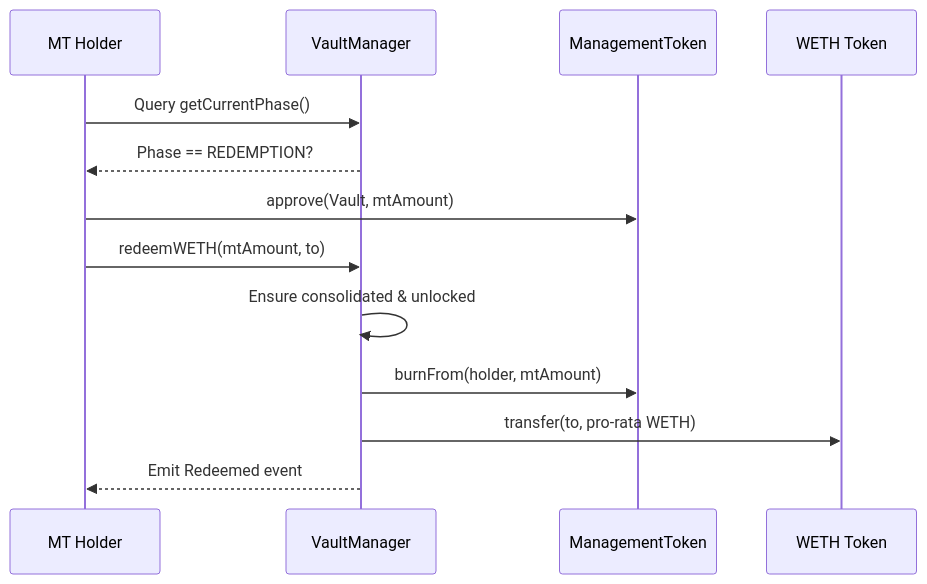
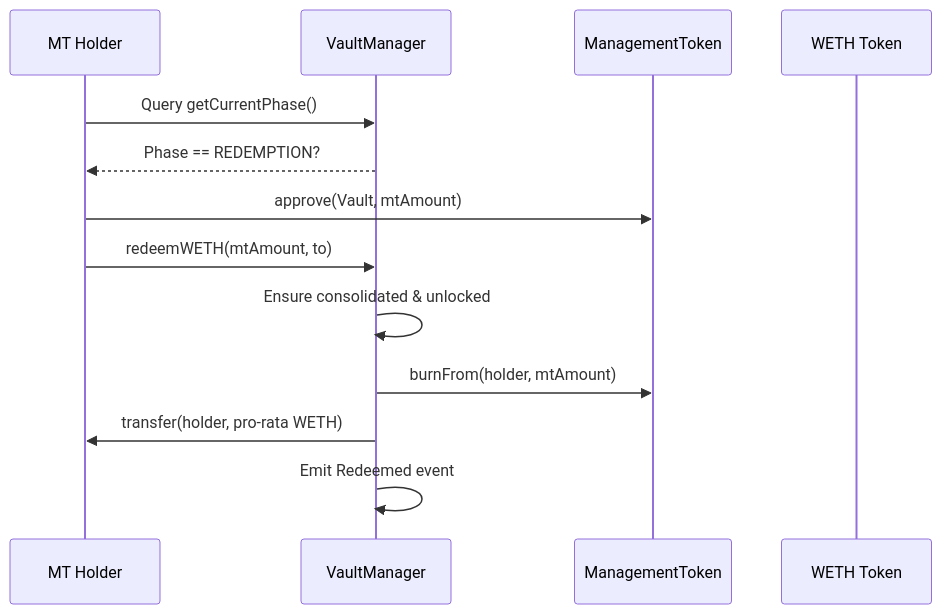
Before and after one commit to mikeghen/comp-comm-portfolio: the diagram in docs/security/diagrams/redeem-weth.md, drawn with Mermaid.

Commit message:
Fix redeemed WETH diagram

````diff
--- a/docs/security/diagrams/redeem-weth.md
+++ b/docs/security/diagrams/redeem-weth.md
@@ -1,16 +1,16 @@
 ```mermaid
 sequenceDiagram
     participant Holder as MT Holder
     participant Vault as VaultManager
     participant MT as ManagementToken
     participant WETH as WETH Token
 
     Holder->>Vault: Query getCurrentPhase()
     Vault-->>Holder: Phase == REDEMPTION?
     Holder->>MT: approve(Vault, mtAmount)
     Holder->>Vault: redeemWETH(mtAmount, to)
     Vault->>Vault: Ensure consolidated & unlocked
     Vault->>MT: burnFrom(holder, mtAmount)
-    Vault->>WETH: transfer(to, pro-rata WETH)
-    Vault-->>Holder: Emit Redeemed event
+    Vault->>Holder: transfer(holder, pro-rata WETH)
+    Vault->>Vault: Emit Redeemed event
 ```
````
